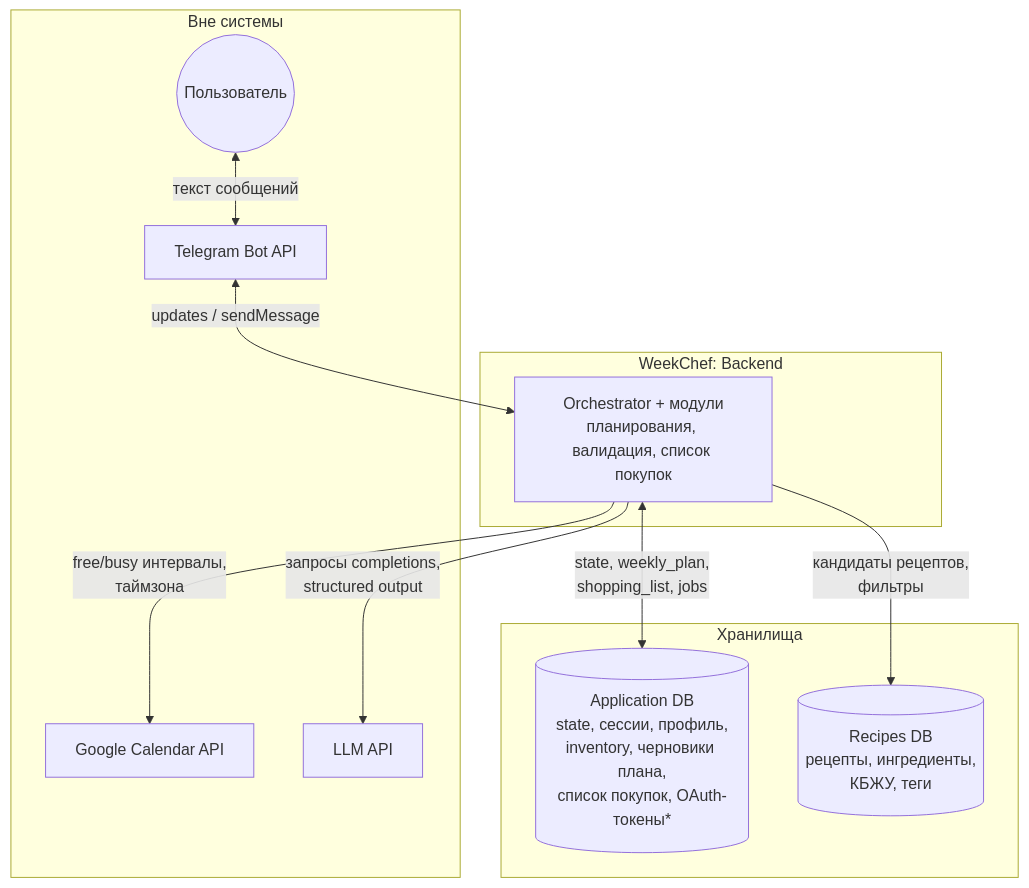
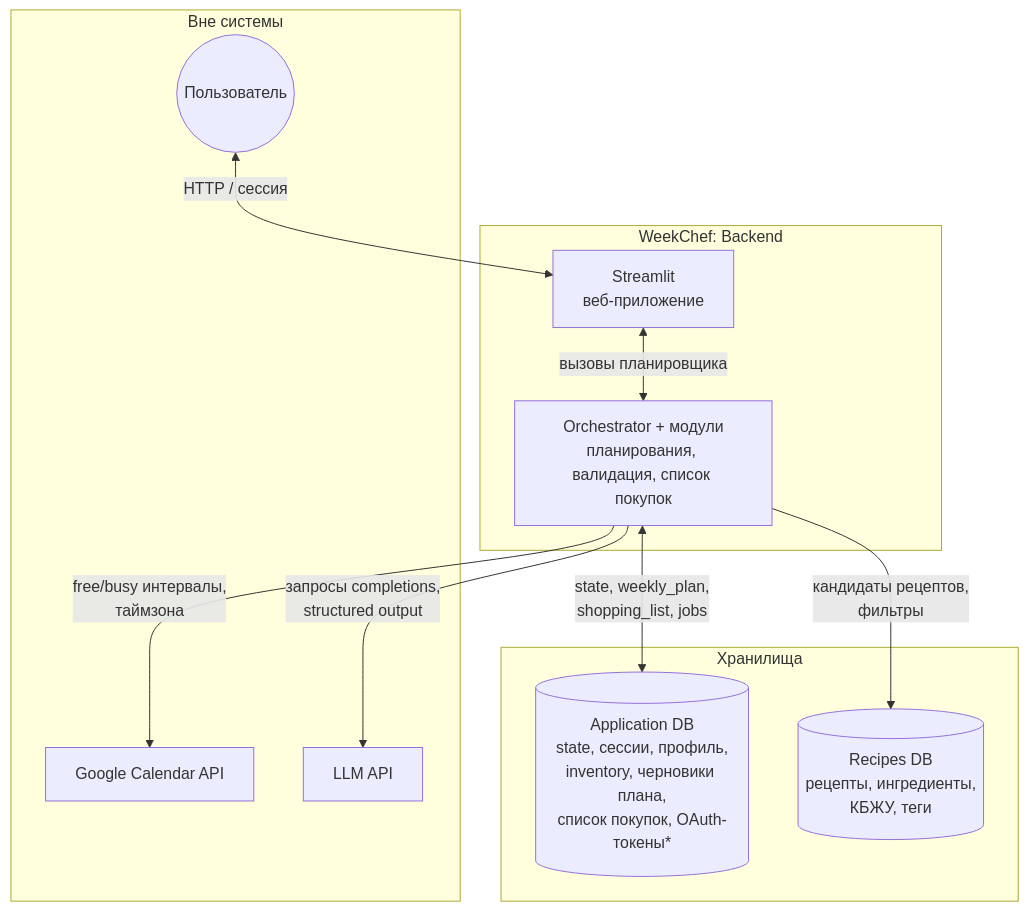
The first of 3 diagrams in diagrams/data-flow.md (ShermanKsenia/week-chef), drawn with Mermaid before and after one commit. The commit also changed other lines of this file and 67 other files, not shown here.

First line of the commit message:
Streamlit в документации и диаграммах; profile_utils; observability; pipeline

````diff
--- a/diagrams/data-flow.md
+++ b/diagrams/data-flow.md
@@ -7,27 +7,27 @@
 ```mermaid
 flowchart TB
   subgraph ext["Вне системы"]
     U((Пользователь))
-    TG[Telegram Bot API]
     GC[Google Calendar API]
     LLM[LLM API]
   end
 
   subgraph wc["WeekChef: Backend"]
+    ST[Streamlit\nвеб-приложение]
     OR[Orchestrator + модули\nпланирования, валидация, список покупок]
   end
 
   subgraph data["Хранилища"]
     APP[(Application DB\nstate, сессии, профиль,\ninventory, черновики плана,\nсписок покупок, OAuth-токены*)]
     REC[(Recipes DB\nрецепты, ингредиенты,\nКБЖУ, теги)]
   end
 
-  U <-->|текст сообщений| TG
-  TG <-->|updates / sendMessage| OR
+  U <-->|HTTP / сессия| ST
+  ST <-->|вызовы планировщика| OR
 
   OR -->|free/busy интервалы,\nтаймзона| GC
   OR -->|запросы completions,\nstructured output| LLM
   OR -->|кандидаты рецептов,\nфильтры| REC
 
   OR <-->|state, weekly_plan,\nshopping_list, jobs| APP
 ```
````
